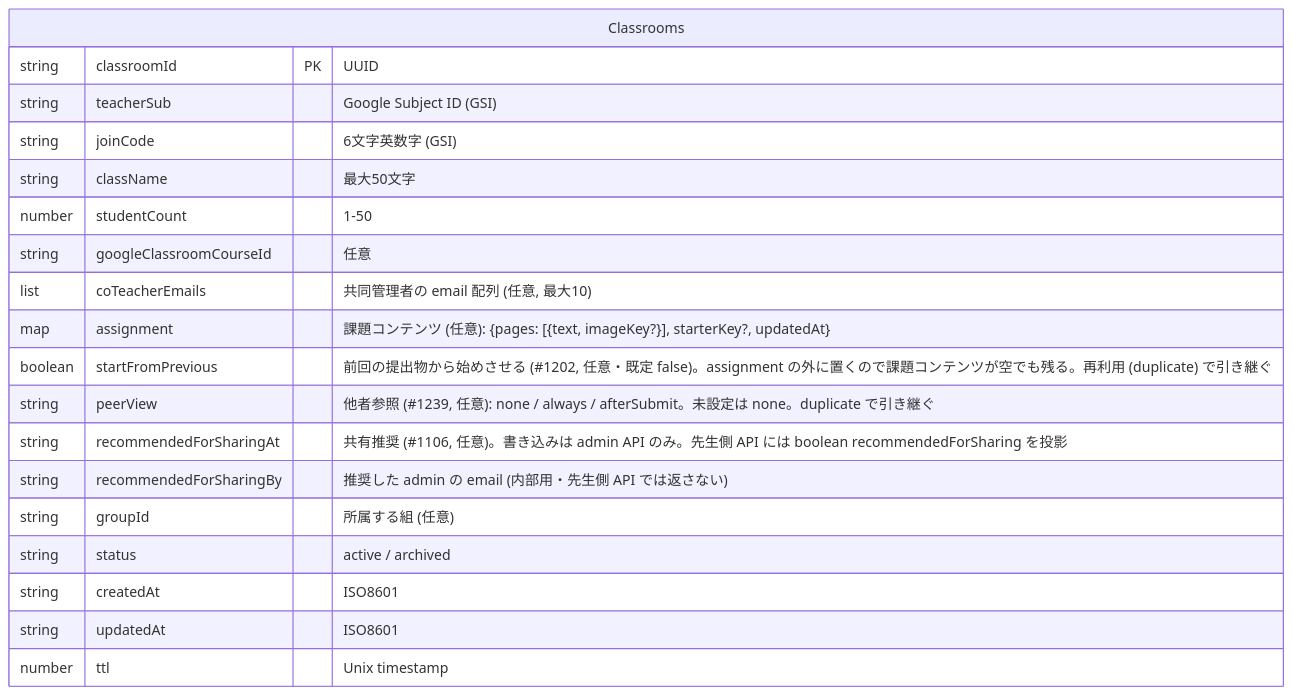
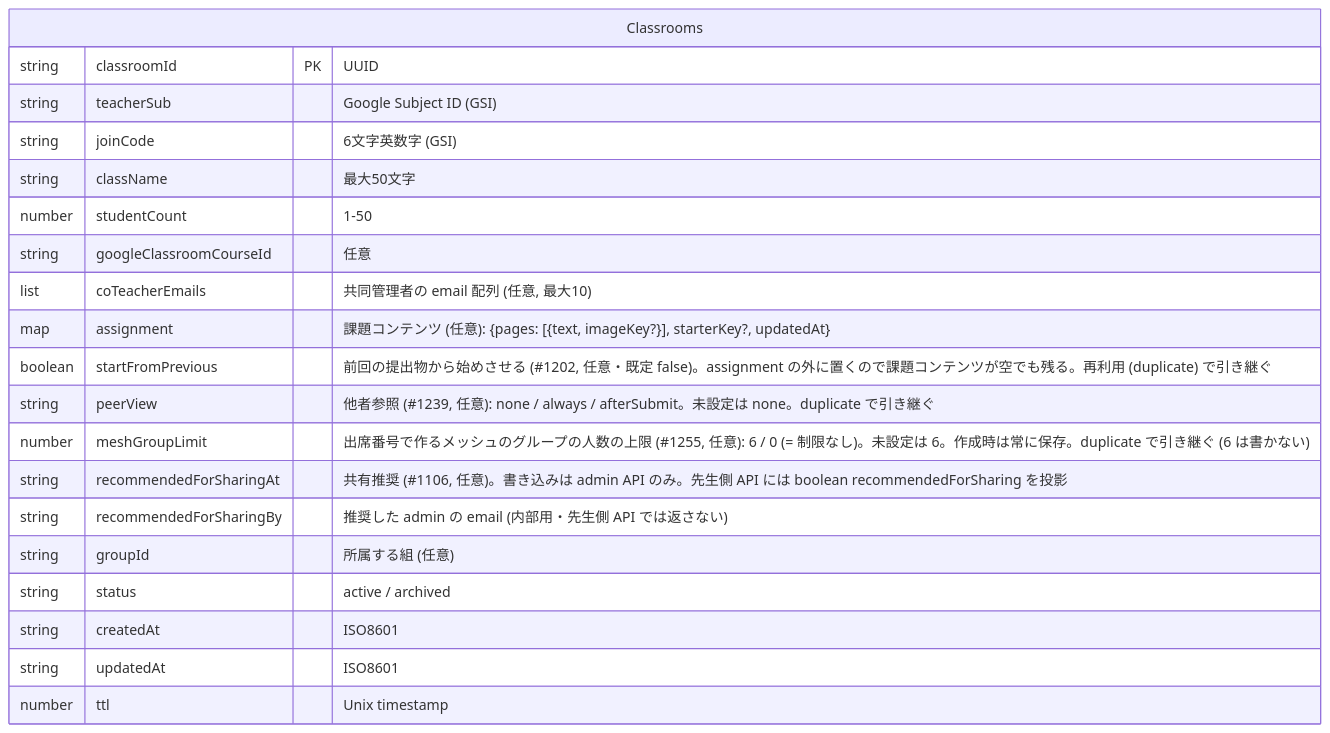
One commit to smalruby/smalruby3-editor changed the third of 8 diagrams in docs/classroom/architecture.md. Above: the diagram before and after it, drawn with Mermaid. The commit also changed other lines of this file and 3 other files, not shown here.

First line of the commit message:
feat(classroom): add meshGroupLimit to assignments

````diff
--- a/docs/classroom/architecture.md
+++ b/docs/classroom/architecture.md
@@ -322,22 +322,23 @@
 ```mermaid
 erDiagram
     Classrooms {
         string classroomId PK "UUID"
         string teacherSub "Google Subject ID (GSI)"
         string joinCode "6文字英数字 (GSI)"
         string className "最大50文字"
         number studentCount "1-50"
         string googleClassroomCourseId "任意"
         list coTeacherEmails "共同管理者の email 配列 (任意, 最大10)"
         map assignment "課題コンテンツ (任意): {pages: [{text, imageKey?}], starterKey?, updatedAt}"
         boolean startFromPrevious "前回の提出物から始めさせる (#1202, 任意・既定 false)。assignment の外に置くので課題コンテンツが空でも残る。再利用 (duplicate) で引き継ぐ"
         string peerView "他者参照 (#1239, 任意): none / always / afterSubmit。未設定は none。duplicate で引き継ぐ"
+        number meshGroupLimit "出席番号で作るメッシュのグループの人数の上限 (#1255, 任意): 6 / 0 (= 制限なし)。未設定は 6。作成時は常に保存。duplicate で引き継ぐ (6 は書かない)"
         string recommendedForSharingAt "共有推奨 (#1106, 任意)。書き込みは admin API のみ。先生側 API には boolean recommendedForSharing を投影"
         string recommendedForSharingBy "推奨した admin の email (内部用・先生側 API では返さない)"
         string groupId "所属する組 (任意)"
         string status "active / archived"
         string createdAt "ISO8601"
         string updatedAt "ISO8601"
         number ttl "Unix timestamp"
     }
 ```
````
